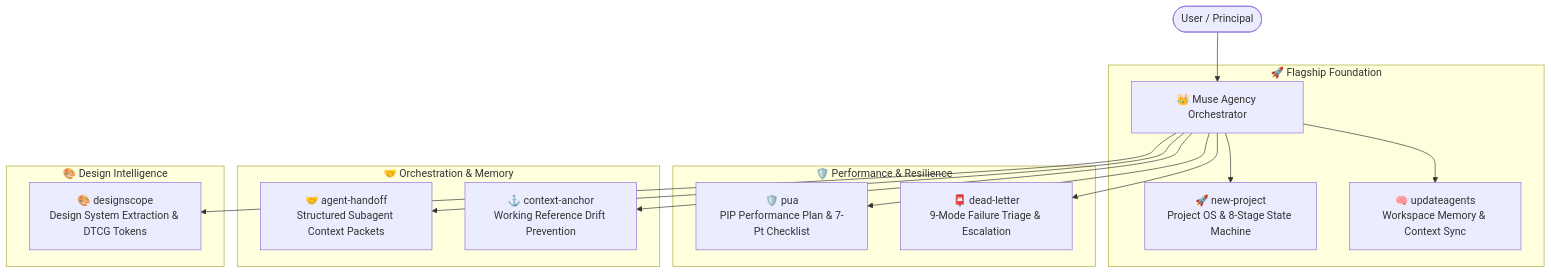
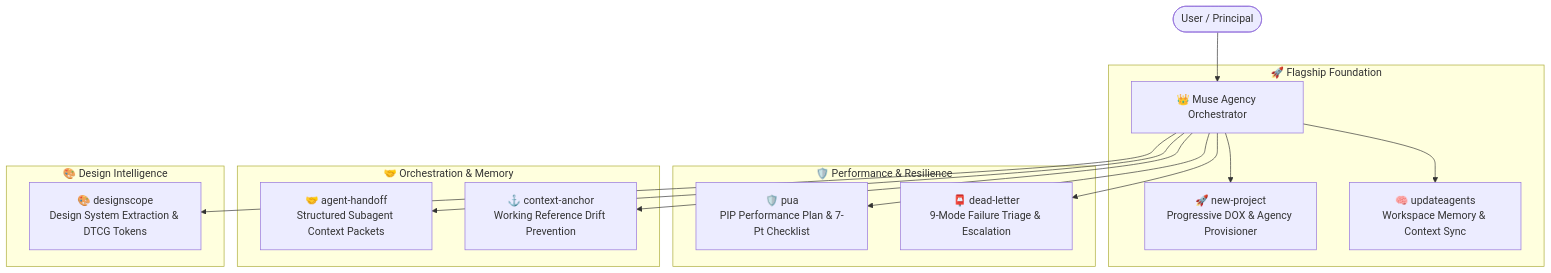
Before and after one commit to harshsinghmp/muse-skills: the second of 2 diagrams in README.md, drawn with Mermaid. The commit also changed other lines of this file and 7 other files, not shown here.

First line of the commit message:
docs(repo): sync v1.5.0 release notes, architecture flow, catalog, and sanitized paths

````diff
--- a/README.md
+++ b/README.md
@@ -118,23 +118,23 @@
 ```mermaid
 graph TD
     User([User / Principal]) --> Muse[👑 Muse Agency Orchestrator]
     
     subgraph Flagship Suite [🚀 Flagship Foundation]
-        Muse --> NP[🚀 new-project<br/>Project OS & 8-Stage State Machine]
+        Muse --> NP[🚀 new-project<br/>Progressive DOX & Agency Provisioner]
         Muse --> UA[🧠 updateagents<br/>Workspace Memory & Context Sync]
     end
 
     subgraph Reliability Suite [🛡️ Performance & Resilience]
         Muse --> PUA[🛡️ pua<br/>PIP Performance Plan & 7-Pt Checklist]
         Muse --> DL[📮 dead-letter<br/>9-Mode Failure Triage & Escalation]
     end
 
     subgraph Multi-Agent Suite [🤝 Orchestration & Memory]
         Muse --> AH[🤝 agent-handoff<br/>Structured Subagent Context Packets]
         Muse --> CA[⚓ context-anchor<br/>Working Reference Drift Prevention]
     end
 
     subgraph Design Suite [🎨 Design Intelligence]
         Muse --> DS[🎨 designscope<br/>Design System Extraction & DTCG Tokens]
     end
 ```
````
